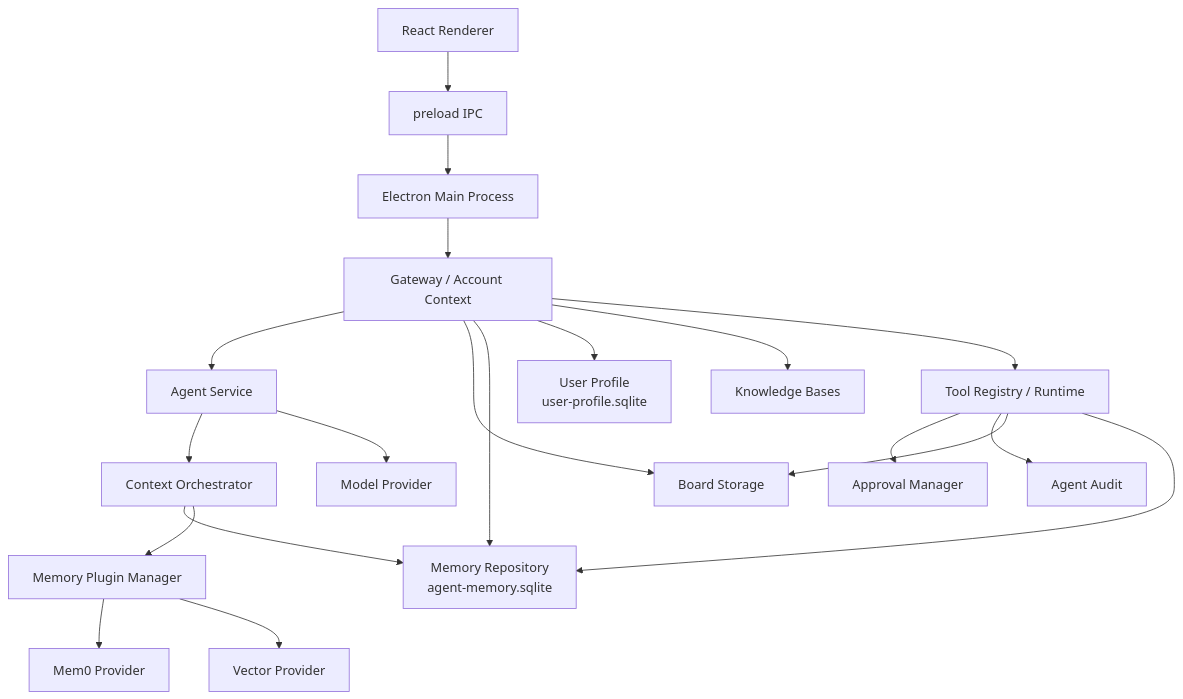
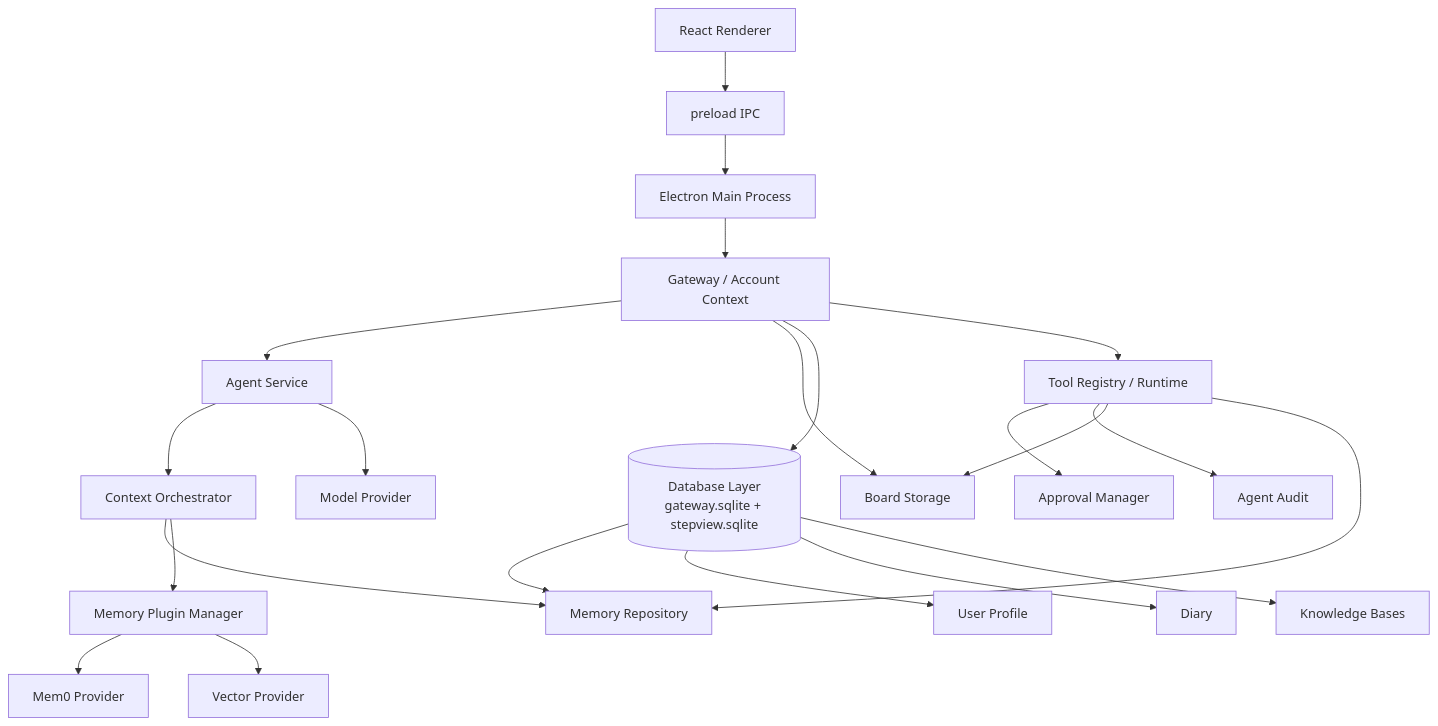
One commit to Long95percent/StepView changed the first of 7 diagrams in docs/ARCHITECTURE_AND_EXTENSION_GUIDE.md. Above: the diagram before and after it, drawn with Mermaid. The commit also changed other lines of this file and 2 other files, not shown here.

First line of the commit message:
docs: document the database layer

````diff
--- a/docs/ARCHITECTURE_AND_EXTENSION_GUIDE.md
+++ b/docs/ARCHITECTURE_AND_EXTENSION_GUIDE.md
@@ -23,22 +24,24 @@
 ```mermaid
 flowchart TB
     UI[React Renderer] --> IPC[preload IPC]
     IPC --> MAIN[Electron Main Process]
     MAIN --> GW[Gateway / Account Context]
     GW --> AS[Agent Service]
     GW --> BOARD[Board Storage]
-    GW --> MEM[Memory Repository\nagent-memory.sqlite]
-    GW --> PROFILE[User Profile\nuser-profile.sqlite]
-    GW --> KB[Knowledge Bases]
+    GW --> DB[(Database Layer\ngateway.sqlite + stepview.sqlite)]
+    DB --> MEM[Memory Repository]
+    DB --> PROFILE[User Profile]
+    DB --> DIARY[Diary]
+    DB --> KB[Knowledge Bases]
     AS --> ORCH[Context Orchestrator]
     ORCH --> MEM
     ORCH --> PLUG[Memory Plugin Manager]
     PLUG --> MEM0[Mem0 Provider]
     PLUG --> VEC[Vector Provider]
     AS --> MODEL[Model Provider]
     GW --> TOOLS[Tool Registry / Runtime]
     TOOLS --> APPROVAL[Approval Manager]
     TOOLS --> AUDIT[Agent Audit]
     TOOLS --> BOARD
     TOOLS --> MEM
 ```
````
